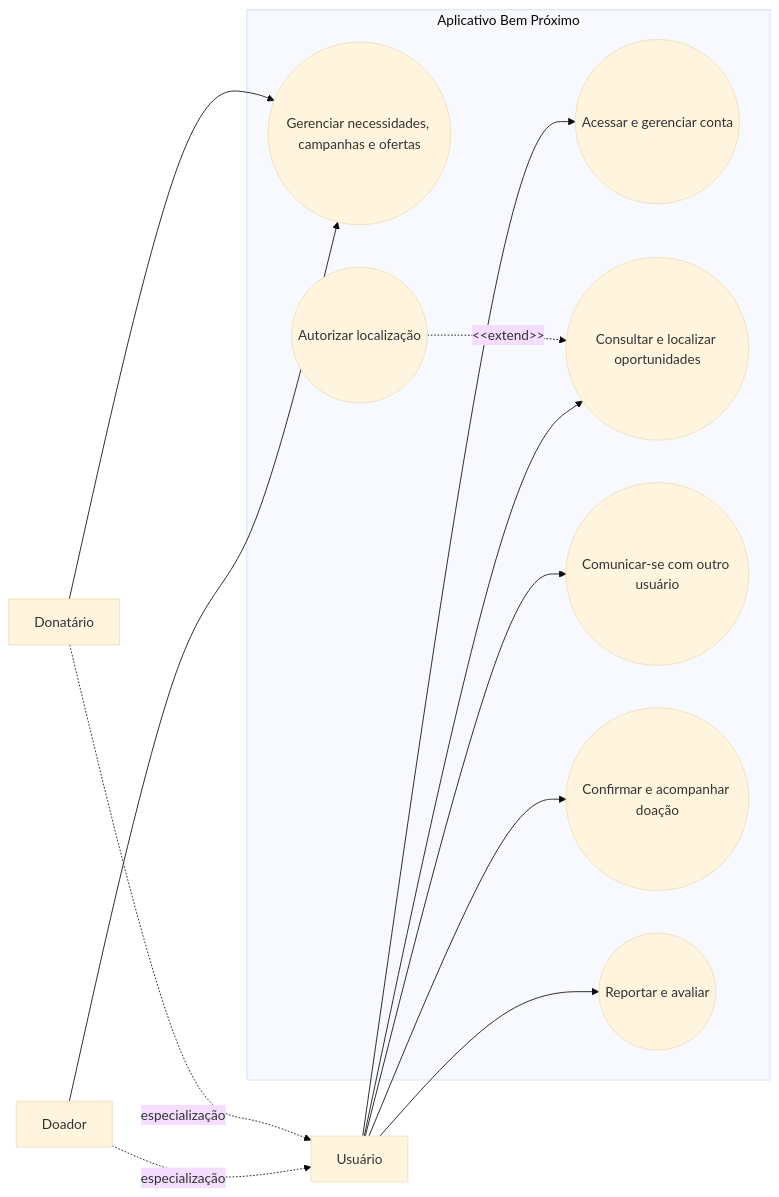
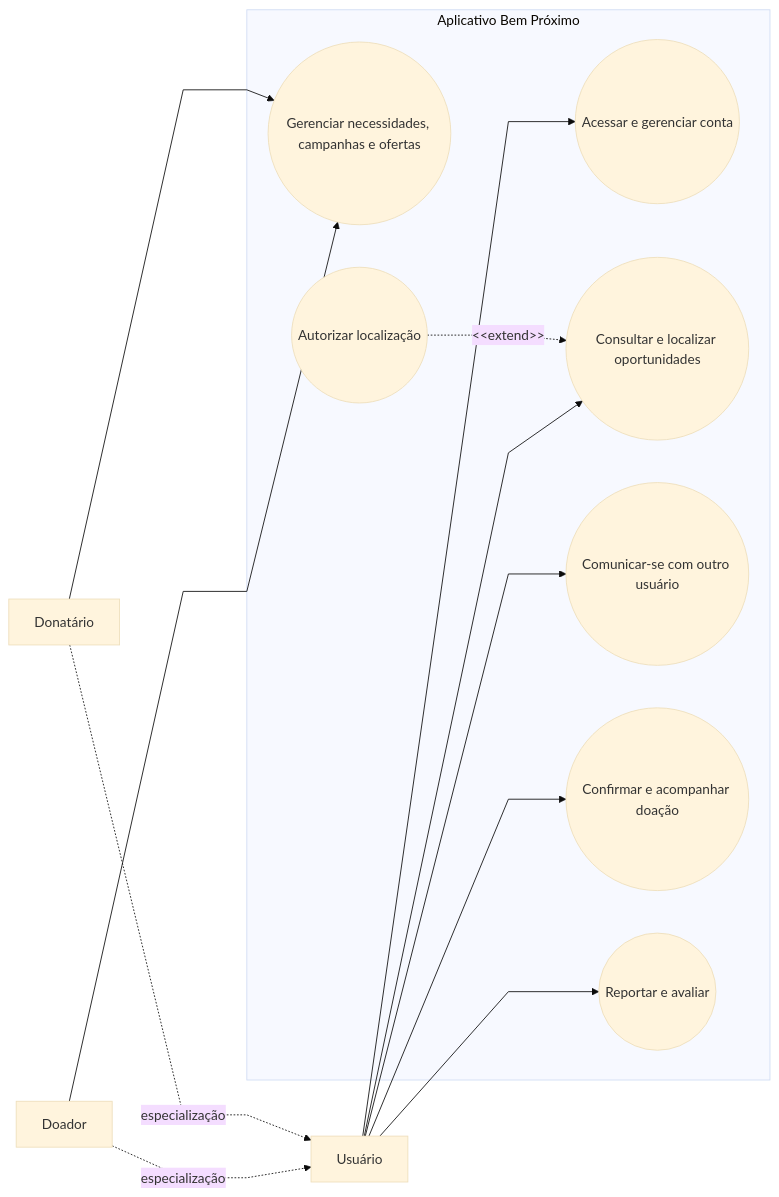
The third of 3 diagrams in docs/02-Especificação do Projeto.md (diergu/MovApplicationProject-Template), drawn with Mermaid (base theme) before and after one commit. The commit also changed other lines of this file, not shown here.

First line of the commit message:
docs: ajusta as linhas dos diagramas

````diff
--- a/docs/02-Especificação do Projeto.md
+++ b/docs/02-Especificação do Projeto.md
@@ -149,29 +149,29 @@
 ```mermaid
-%%{init: {"flowchart": {"curve": "basis"}} }%%
+%%{init: {"flowchart": {"curve": "linear"}} }%%
 flowchart LR
     U[Usuário]
     D[Doador]
     N[Donatário]
 
     D -.->|especialização| U
     N -.->|especialização| U
 
     subgraph APP[Aplicativo Bem Próximo]
         conta((Acessar e gerenciar conta))
         publicacoes((Gerenciar necessidades, campanhas e ofertas))
         consulta((Consultar e localizar oportunidades))
         comunicacao((Comunicar-se com outro usuário))
         doacao((Confirmar e acompanhar doação))
         seguranca((Reportar e avaliar))
         localizacao((Autorizar localização))
     end
 
     U --> conta
     U --> consulta
     U --> comunicacao
     U --> doacao
     U --> seguranca
     D --> publicacoes
     N --> publicacoes
     localizacao -.->|&lt;&lt;extend&gt;&gt;| consulta
 ```
````
